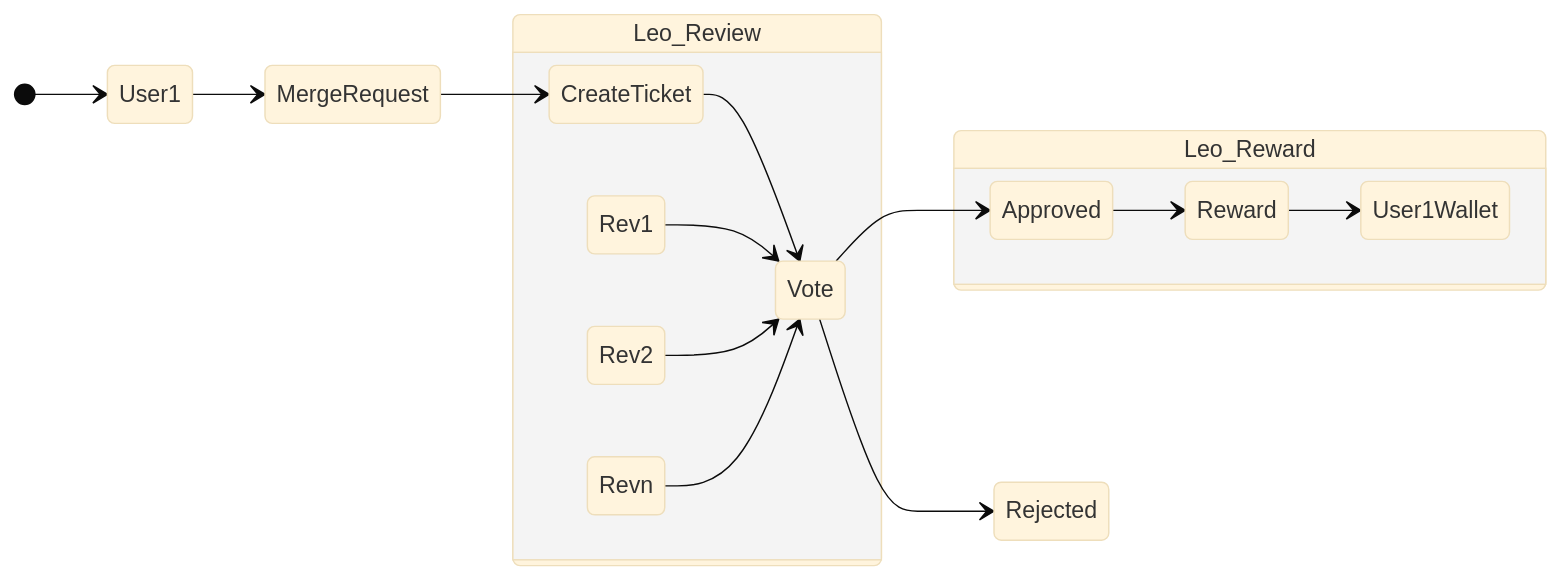
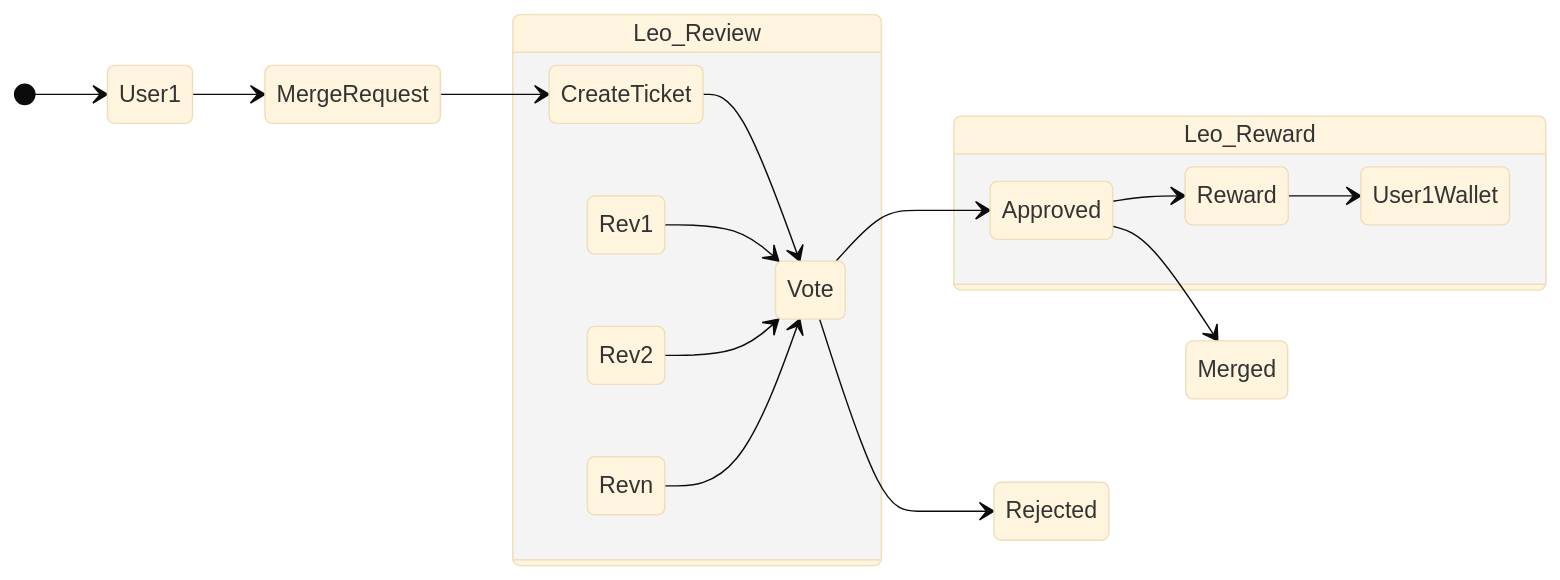
Before and after one commit to palutz/privateReward: the diagram in README.md, drawn with Mermaid (base theme).

````diff
--- a/README.md
+++ b/README.md
@@ -4,20 +4,21 @@
 ```mermaid
 stateDiagram
     direction LR
     [*] --> User1
     User1 --> MergeRequest
     MergeRequest --> CreateTicket
     state Leo_Review {
       CreateTicket --> Vote
       direction RL
       Rev1 --> Vote
       Rev2 --> Vote
       Revn --> Vote
     }
     Vote --> Approved
     Vote --> Rejected
     state Leo_Reward {
       Approved --> Reward
       Reward --> User1Wallet
     }
+    Approved --> Merged
 ```
````
